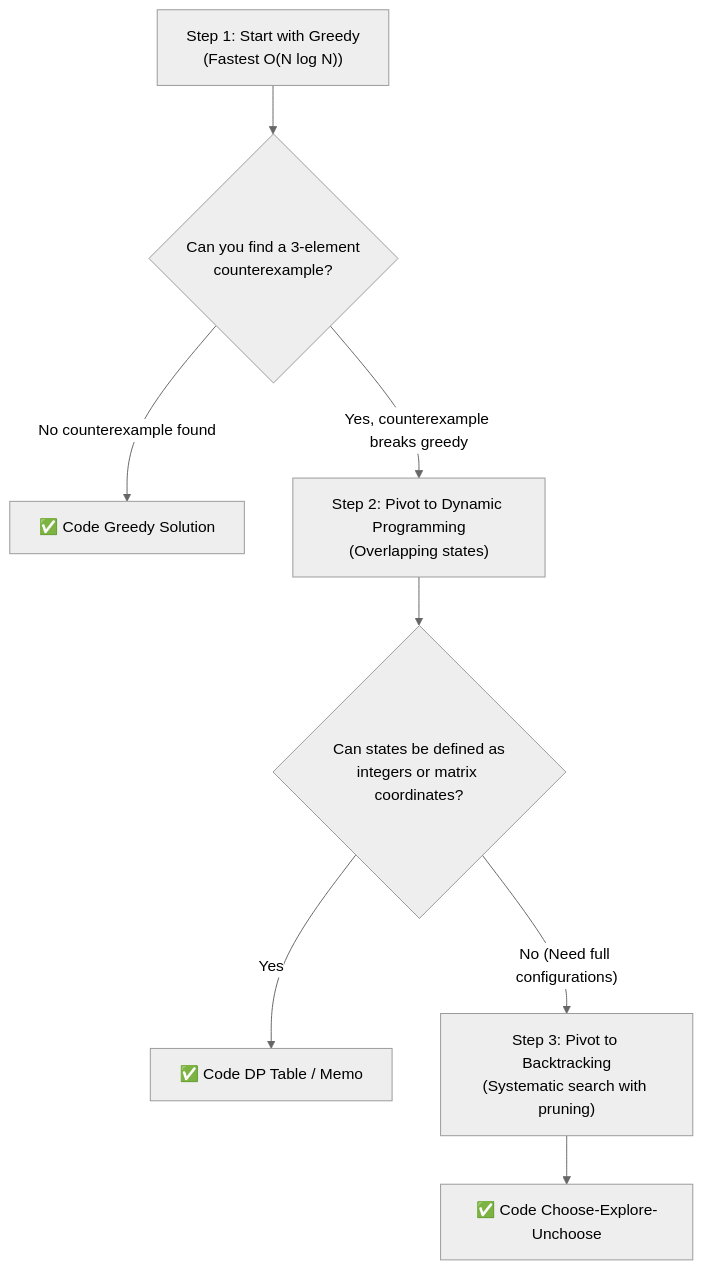
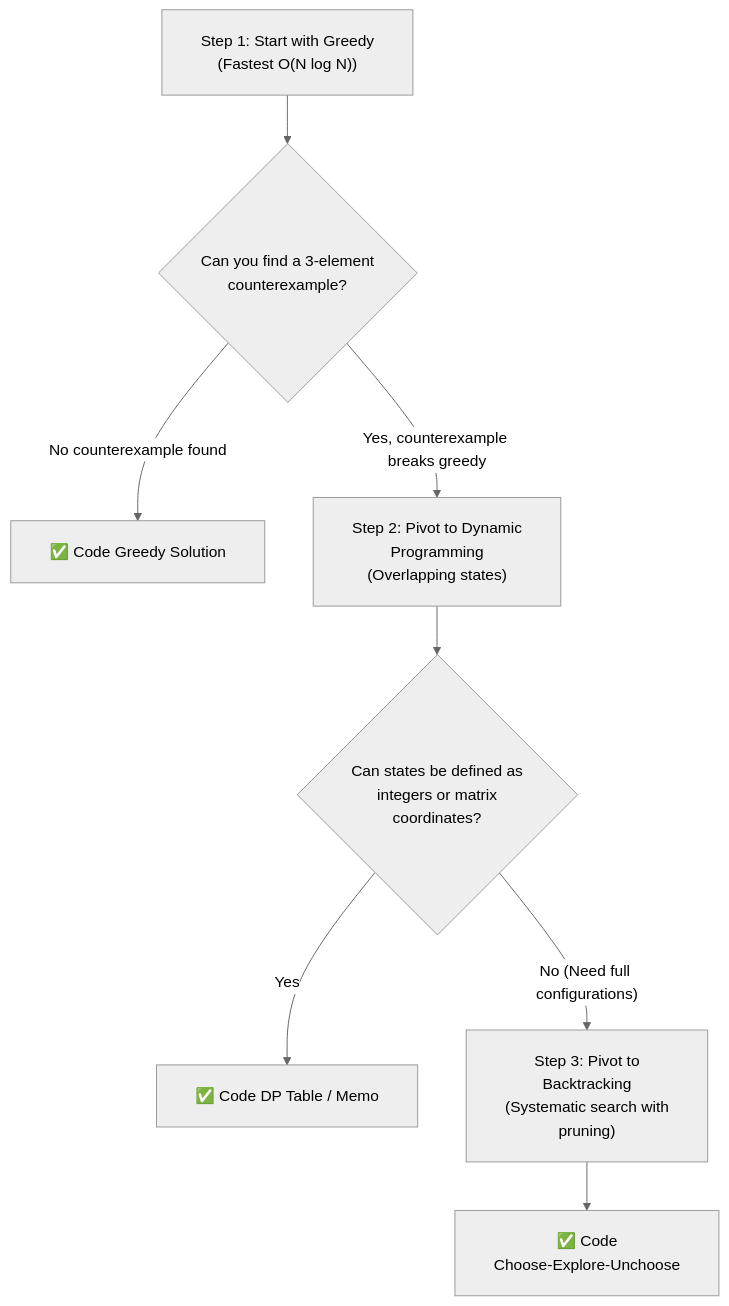
The diagram in Paradigms/06_Paradigm_Decision_Framework.md (dip4k/DSA_102), drawn with Mermaid (neutral theme) before and after one commit. The commit also changed 108 other files, not shown here.

First line of the commit message:
fix(mermaid): resolve diagram clipping, padding, and syntax issues across repo

````diff
--- a/Paradigms/06_Paradigm_Decision_Framework.md
+++ b/Paradigms/06_Paradigm_Decision_Framework.md
@@ -78,12 +78,13 @@
 ```mermaid
+%%{init: {"flowchart": {"htmlLabels": true, "padding": 20}}}%%
 flowchart TD
     TryGreedy["Step 1: Start with Greedy<br/>(Fastest O(N log N))"] --> CheckFail{"Can you find a 3-element<br/>counterexample?"}
     CheckFail -->|"No counterexample found"| LockGreedy["✅ Code Greedy Solution"]
-    CheckFail -->|"Yes, counterexample breaks greedy"| TryDP["Step 2: Pivot to Dynamic Programming<br/>(Overlapping states)"]
+    CheckFail -->|"Yes, counterexample breaks greedy"| TryDP["Step 2: Pivot to Dynamic<br/>Programming<br/>(Overlapping states)"]
     
-    TryDP --> CheckOverlap{"Can states be defined as<br/>integers or matrix coordinates?"}
+    TryDP --> CheckOverlap{"Can states be defined as<br/>integers or matrix<br/>coordinates?"}
     CheckOverlap -->|"Yes"| LockDP["✅ Code DP Table / Memo"]
-    CheckOverlap -->|"No (Need full configurations)"| TryBT["Step 3: Pivot to Backtracking<br/>(Systematic search with pruning)"]
+    CheckOverlap -->|"No (Need full configurations)"| TryBT["Step 3: Pivot to<br/>Backtracking<br/>(Systematic search with<br/>pruning)"]
     
-    TryBT --> LockBT["✅ Code Choose-Explore-Unchoose"]
+    TryBT --> LockBT["✅ Code<br/>Choose-Explore-Unchoose"]
 ```
````
